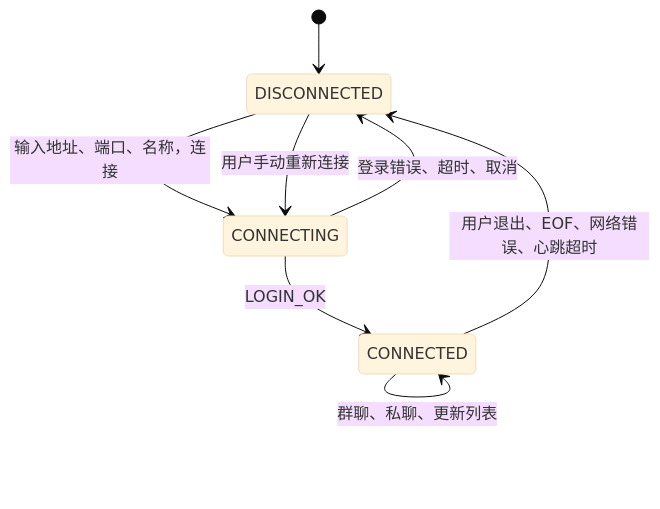
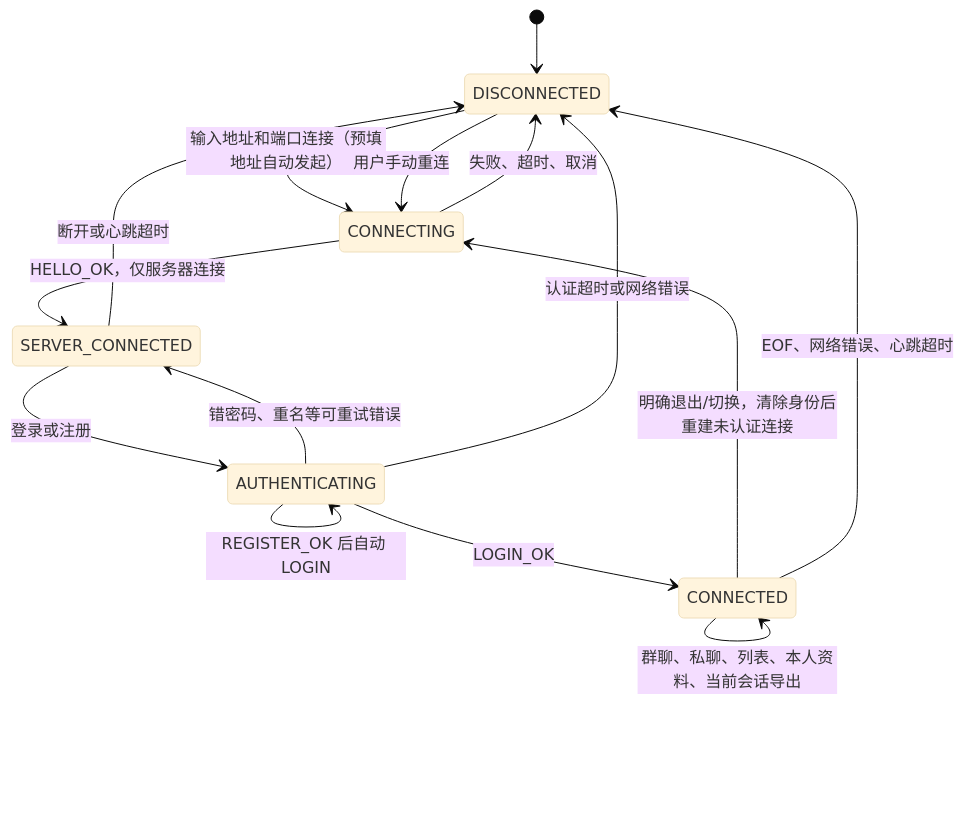
The diagram in docs/requirements.md (ouwayi/LTalk), drawn with Mermaid (base theme) before and after one commit. The commit also changed other lines of this file and 30 other files, not shown here.

````diff
--- a/docs/requirements.md
+++ b/docs/requirements.md
@@ -23,10 +23,17 @@
 ```mermaid
 stateDiagram-v2
     [*] --> DISCONNECTED
-    DISCONNECTED --> CONNECTING: 输入地址、端口、名称，连接
-    CONNECTING --> CONNECTED: LOGIN_OK
-    CONNECTING --> DISCONNECTED: 登录错误、超时、取消
-    CONNECTED --> CONNECTED: 群聊、私聊、更新列表
-    CONNECTED --> DISCONNECTED: 用户退出、EOF、网络错误、心跳超时
-    DISCONNECTED --> CONNECTING: 用户手动重新连接
+    DISCONNECTED --> CONNECTING: 输入地址和端口连接（预填地址自动发起）
+    CONNECTING --> SERVER_CONNECTED: HELLO_OK，仅服务器连接
+    CONNECTING --> DISCONNECTED: 失败、超时、取消
+    SERVER_CONNECTED --> AUTHENTICATING: 登录或注册
+    AUTHENTICATING --> AUTHENTICATING: REGISTER_OK 后自动 LOGIN
+    AUTHENTICATING --> SERVER_CONNECTED: 错密码、重名等可重试错误
+    AUTHENTICATING --> CONNECTED: LOGIN_OK
+    AUTHENTICATING --> DISCONNECTED: 认证超时或网络错误
+    CONNECTED --> CONNECTED: 群聊、私聊、列表、本人资料、当前会话导出
+    CONNECTED --> CONNECTING: 明确退出/切换，清除身份后重建未认证连接
+    CONNECTED --> DISCONNECTED: EOF、网络错误、心跳超时
+    SERVER_CONNECTED --> DISCONNECTED: 断开或心跳超时
+    DISCONNECTED --> CONNECTING: 用户手动重连
 ```
````
